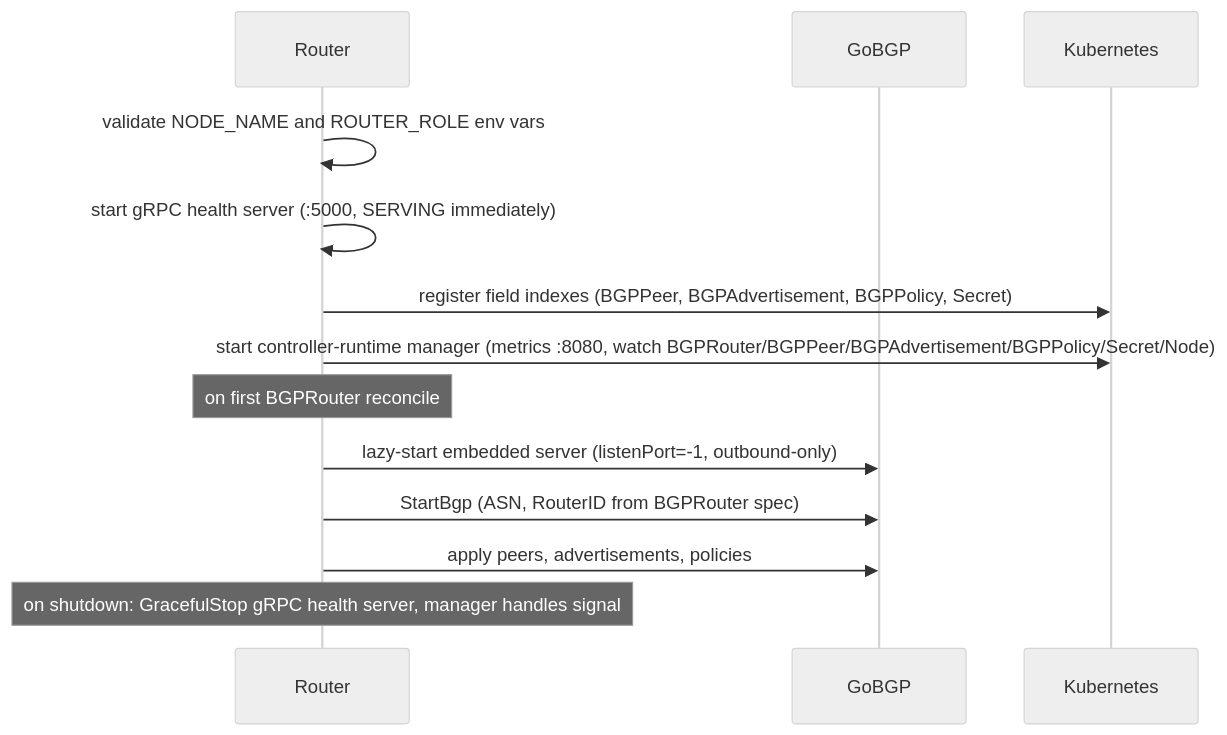
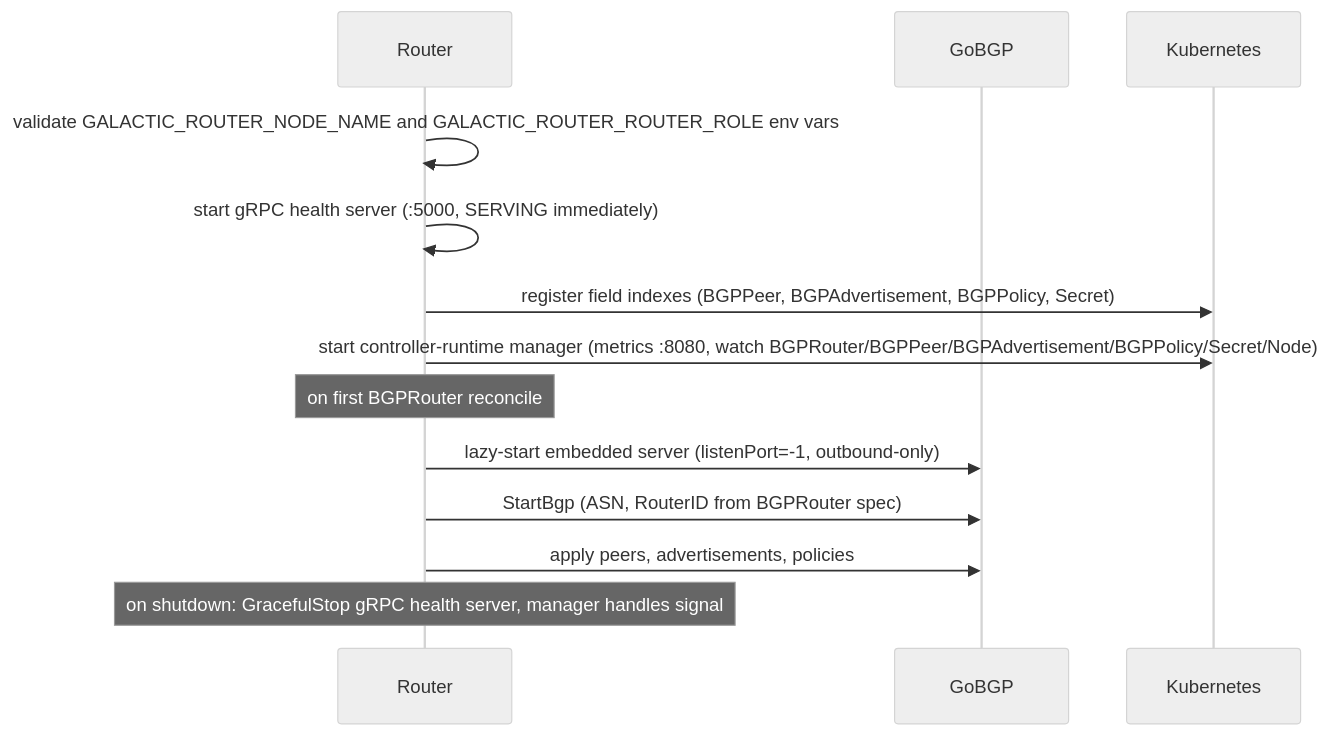
Before and after one commit to datum-cloud/galactic: the diagram in docs/agent-startup.md, drawn with Mermaid (neutral theme). The commit also changed 22 other files, not shown here.

````diff
--- a/docs/agent-startup.md
+++ b/docs/agent-startup.md
@@ -3,16 +3,16 @@
 ```mermaid
 sequenceDiagram
     participant Router
     participant GoBGP
     participant Kubernetes
 
-    Router->>Router: validate NODE_NAME and ROUTER_ROLE env vars
+    Router->>Router: validate GALACTIC_ROUTER_NODE_NAME and GALACTIC_ROUTER_ROUTER_ROLE env vars
     Router->>Router: start gRPC health server (:5000, SERVING immediately)
     Router->>Kubernetes: register field indexes (BGPPeer, BGPAdvertisement, BGPPolicy, Secret)
     Router->>Kubernetes: start controller-runtime manager (metrics :8080, watch BGPRouter/BGPPeer/BGPAdvertisement/BGPPolicy/Secret/Node)
     Note over Router: on first BGPRouter reconcile
     Router->>GoBGP: lazy-start embedded server (listenPort=-1, outbound-only)
     Router->>GoBGP: StartBgp (ASN, RouterID from BGPRouter spec)
     Router->>GoBGP: apply peers, advertisements, policies
     Note over Router: on shutdown: GracefulStop gRPC health server, manager handles signal
 ```
````
